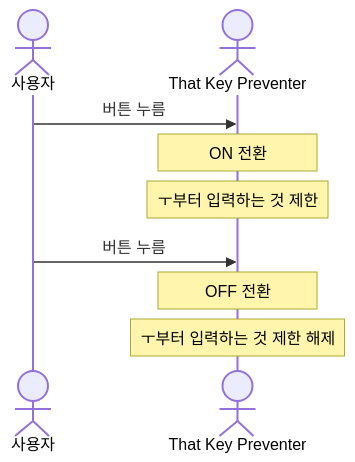
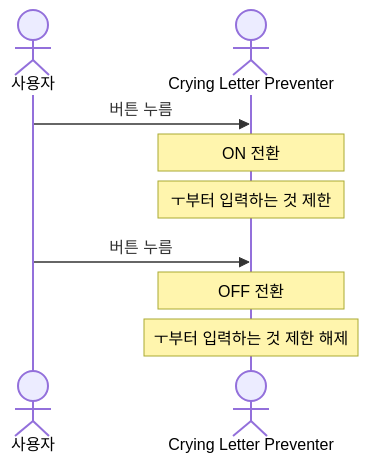
One commit to sarifor/crying-letter-preventer changed the diagram in docs/1. 요구사항 정의/1.2 업무 요구사항 정의/업무 처리 흐름.md. Above: the diagram before and after it, drawn with Mermaid. The commit also changed 3 other files, not shown here.

````diff
--- a/docs/1. 요구사항 정의/1.2 업무 요구사항 정의/업무 처리 흐름.md
+++ b/docs/1. 요구사항 정의/1.2 업무 요구사항 정의/업무 처리 흐름.md
@@ -2,13 +2,13 @@
 ```mermaid
 sequenceDiagram
   actor user as 사용자
-  actor extension as That Key Preventer
+  actor extension as Crying Letter Preventer
     
   user->>extension: 버튼 누름
   NOTE over extension: ON 전환
   NOTE over extension: ㅜ부터 입력하는 것 제한
 
   user->>extension: 버튼 누름
   NOTE over extension: OFF 전환
   NOTE over extension: ㅜ부터 입력하는 것 제한 해제
 ```
````
